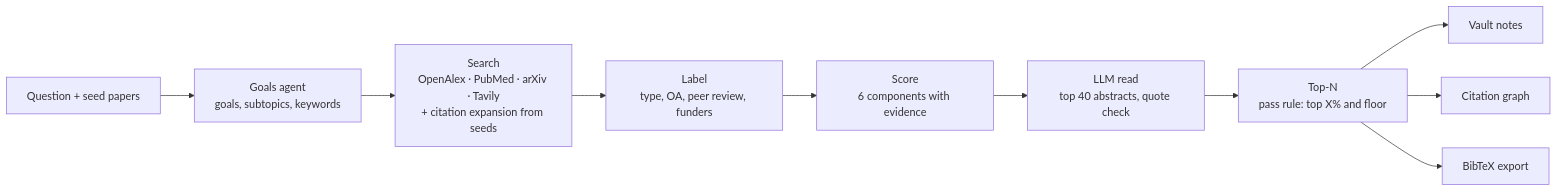
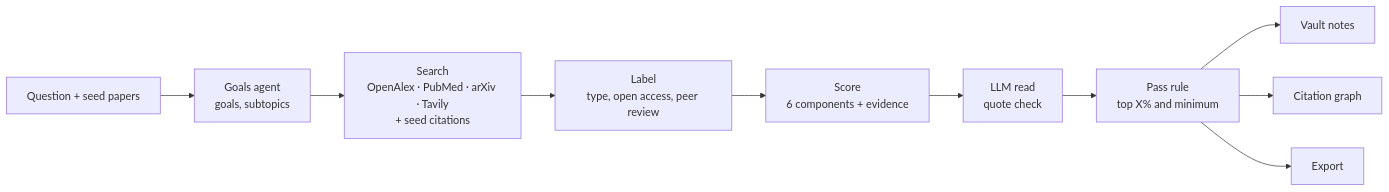
One commit to Joevonlong/Hackthon-Nebius-NVIDIA changed the diagram in README.md. Above: the diagram before and after it, drawn with Mermaid. The commit also changed other lines of this file, not shown here.

Commit message:
docs(readme): list sources, scoring components and graph legend; tighten text

````diff
--- a/README.md
+++ b/README.md
@@ -98,12 +106,12 @@
 ```mermaid
 flowchart LR
-  Q["Question + seed papers"] --> G["Goals agent<br/>goals, subtopics, keywords"]
-  G --> S["Search<br/>OpenAlex · PubMed · arXiv · Tavily<br/>+ citation expansion from seeds"]
-  S --> L["Label<br/>type, OA, peer review, funders"]
-  L --> SC["Score<br/>6 components with evidence"]
-  SC --> R["LLM read<br/>top 40 abstracts, quote check"]
-  R --> T["Top-N<br/>pass rule: top X% and floor"]
+  Q["Question + seed papers"] --> G["Goals agent<br/>goals, subtopics"]
+  G --> S["Search<br/>OpenAlex · PubMed · arXiv · Tavily<br/>+ seed citations"]
+  S --> L["Label<br/>type, open access, peer review"]
+  L --> SC["Score<br/>6 components + evidence"]
+  SC --> R["LLM read<br/>quote check"]
+  R --> T["Pass rule<br/>top X% and minimum"]
   T --> V["Vault notes"]
   T --> GR["Citation graph"]
-  T --> E["BibTeX export"]
+  T --> E["Export"]
 ```
````
